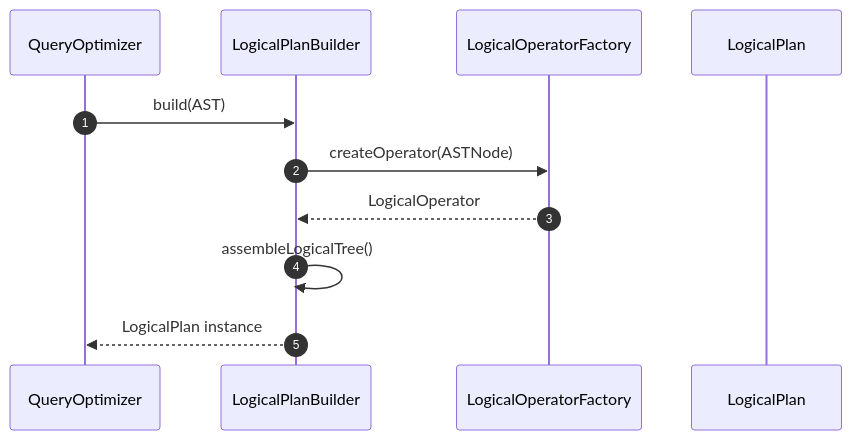
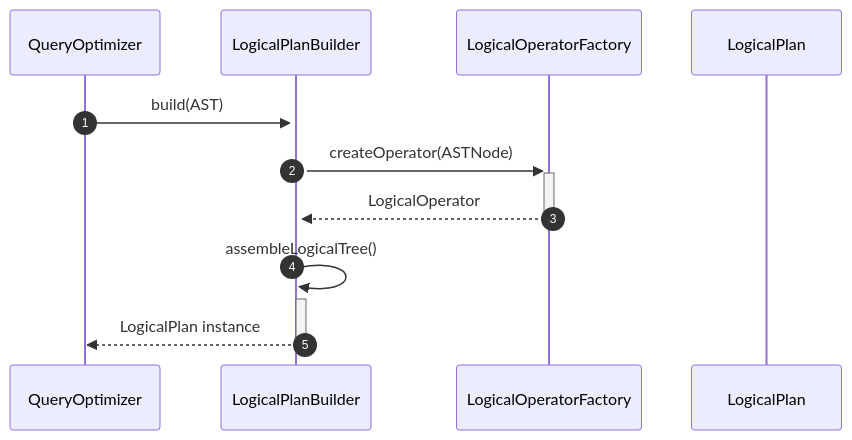
One commit to Dikhang1112/Database_Management_BBV changed diagram 12 of 13 in docs/design_patterns/query_processor/Sequece.md. Above: the diagram before and after it, drawn with Mermaid. The commit also changed other lines of this file and 12 other files, not shown here.

Commit message:
Refactor sequece diagram

````diff
--- a/docs/design_patterns/query_processor/Sequece.md
+++ b/docs/design_patterns/query_processor/Sequece.md
@@ -349,14 +349,14 @@
 ```mermaid
 sequenceDiagram
     autonumber
     participant Optimizer as QueryOptimizer
     participant Builder as LogicalPlanBuilder
     participant Factory as LogicalOperatorFactory
     participant LP as LogicalPlan
 
-    Optimizer->>Builder: build(AST)
-    Builder->>Factory: createOperator(ASTNode)
-    Factory-->>Builder: LogicalOperator
-    Builder->>Builder: assembleLogicalTree()
-    Builder-->>Optimizer: LogicalPlan instance
+    Optimizer->>+Builder: build(AST)
+    Builder->>+Factory: createOperator(ASTNode)
+    Factory-->>-Builder: LogicalOperator
+    Builder->>+Builder: assembleLogicalTree()
+    Builder-->>-Optimizer: LogicalPlan instance
 ```
````
